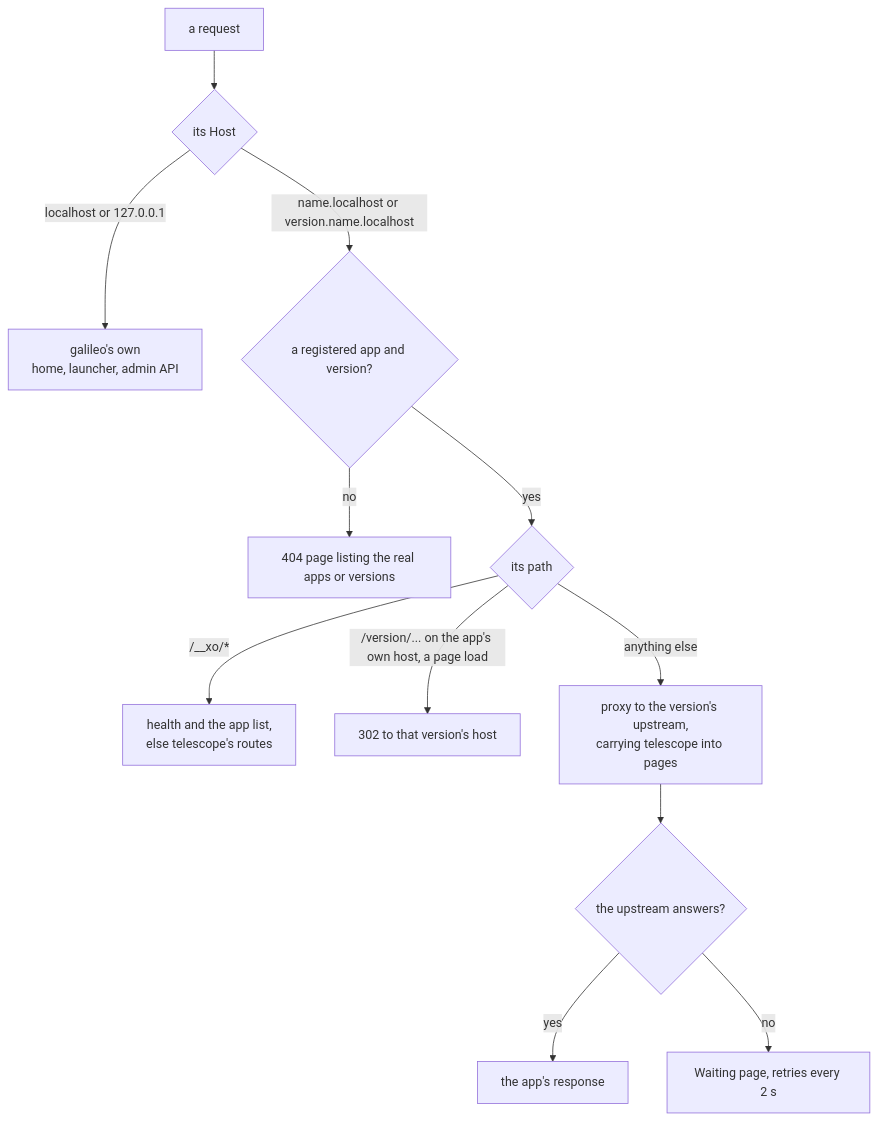
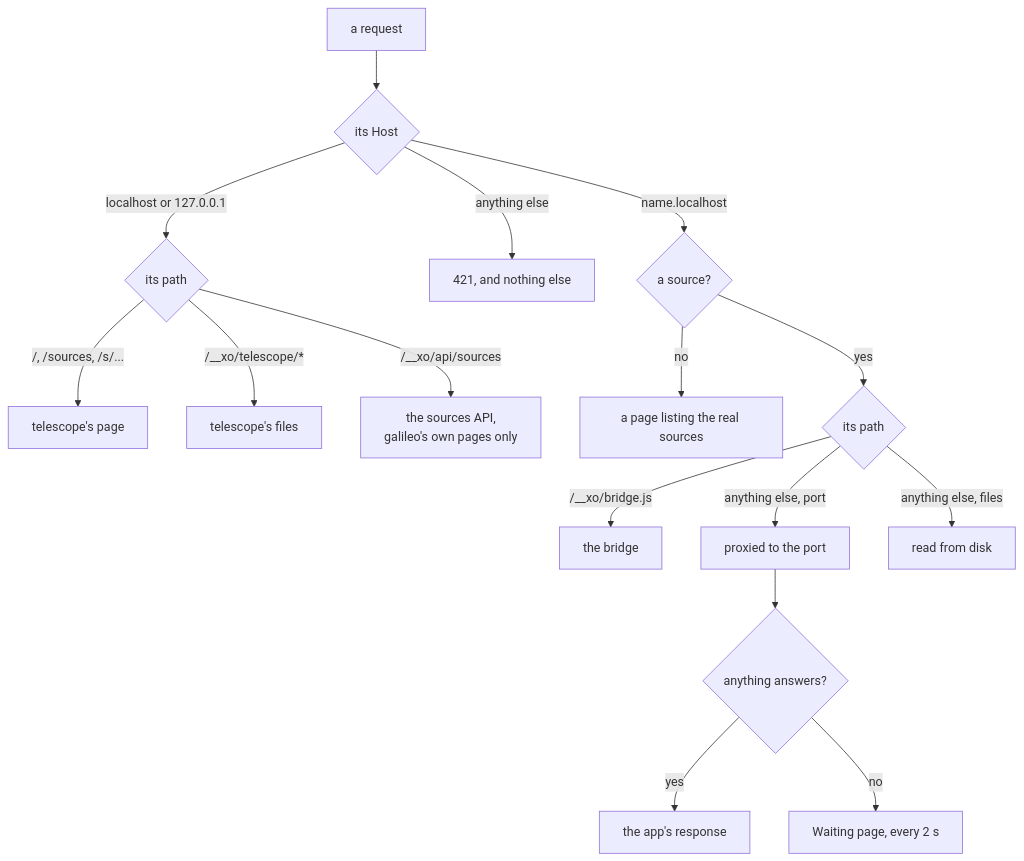
Before and after one commit to quirq-ai/galileo: the third of 8 diagrams in docs/ARCHITECTURE.md, drawn with Mermaid. The commit also changed other lines of this file and 51 other files, not shown here.

````diff
--- a/docs/ARCHITECTURE.md
+++ b/docs/ARCHITECTURE.md
@@ -119,14 +103,18 @@
 ```mermaid
 flowchart TD
   req["a request"] --> host{"its Host"}
-  host -->|"localhost or 127.0.0.1"| bare["galileo's own<br/>home, launcher, admin API"]
-  host -->|"name.localhost or version.name.localhost"| known{"a registered app and version?"}
-  known -->|no| missing["404 page listing the real apps or versions"]
-  known -->|yes| where{"its path"}
-  where -->|"/__xo/*"| xo["health and the app list,<br/>else telescope's routes"]
-  where -->|"/version/... on the app's own host, a page load"| pick["302 to that version's host"]
-  where -->|"anything else"| proxy["proxy to the version's upstream,<br/>carrying telescope into pages"]
-  proxy --> down{"the upstream answers?"}
-  down -->|yes| page["the app's response"]
-  down -->|no| wait["Waiting page, retries every 2 s"]
+  host -->|"localhost or 127.0.0.1"| own{"its path"}
+  own -->|"/, /sources, /s/..."| tel["telescope's page"]
+  own -->|"/__xo/telescope/*"| assets["telescope's files"]
+  own -->|"/__xo/api/sources"| api["the sources API,<br/>galileo's own pages only"]
+  host -->|"anything else"| foreign["421, and nothing else"]
+  host -->|"name.localhost"| known{"a source?"}
+  known -->|no| missing["a page listing the real sources"]
+  known -->|yes| path{"its path"}
+  path -->|"/__xo/bridge.js"| bridge["the bridge"]
+  path -->|"anything else, port"| proxy["proxied to the port"]
+  path -->|"anything else, files"| files["read from disk"]
+  proxy --> up{"anything answers?"}
+  up -->|yes| page["the app's response"]
+  up -->|no| wait["Waiting page, every 2 s"]
 ```
````
